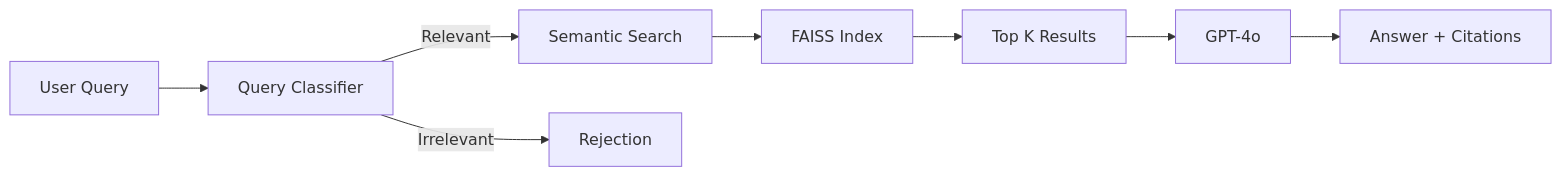
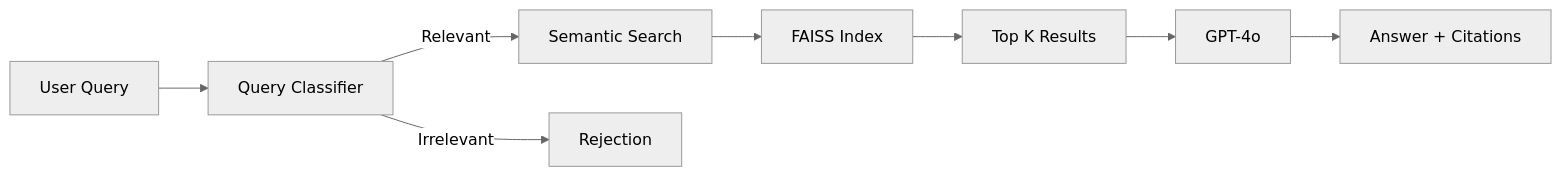
One commit to koosha/mantra changed the first of 2 diagrams in README.md. Above: the diagram before and after it, drawn with Mermaid. The commit also changed other lines of this file, not shown here.

Commit message:
Configure mermaid diagrams with neutral theme

````diff
--- a/README.md
+++ b/README.md
@@ -26,10 +26,11 @@
 ```mermaid
+%%{init: {'theme':'neutral', 'themeVariables': { 'fontSize':'16px'}}}%%
 graph LR
     A[User Query] --> B[Query Classifier]
     B -->|Relevant| C[Semantic Search]
     B -->|Irrelevant| D[Rejection]
     C --> E[FAISS Index]
     E --> F[Top K Results]
     F --> G[GPT-4o]
     G --> H[Answer + Citations]
 ```
````
